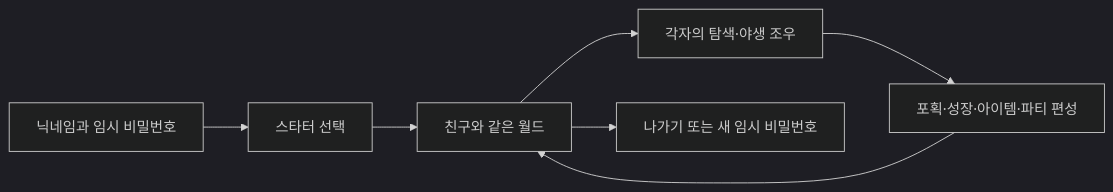
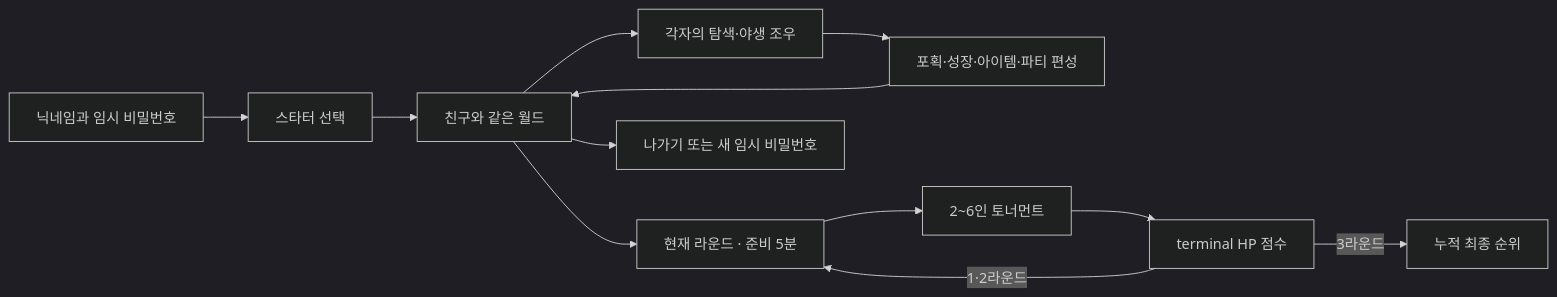
One commit to icecokel/VSCoke changed the first of 2 diagrams in docs/poke-lounge-game-concept.md. Above: the diagram before and after it, drawn with Mermaid (dark theme). The commit also changed other lines of this file and 27 other files, not shown here.

````diff
--- a/docs/poke-lounge-game-concept.md
+++ b/docs/poke-lounge-game-concept.md
@@ -59,9 +66,14 @@
 ```mermaid
 flowchart LR
   Entry["닉네임과 임시 비밀번호"] --> Starter["스타터 선택"]
   Starter --> World["친구와 같은 월드"]
   World --> Encounter["각자의 탐색·야생 조우"]
   Encounter --> Growth["포획·성장·아이템·파티 편성"]
   Growth --> World
+  World --> Prep["현재 라운드 · 준비 5분"]
+  Prep --> Tournament["2~6인 토너먼트"]
+  Tournament --> Score["terminal HP 점수"]
+  Score -->|"1·2라운드"| Prep
+  Score -->|"3라운드"| Result["누적 최종 순위"]
   World --> Exit["나가기 또는 새 임시 비밀번호"]
 ```
````
